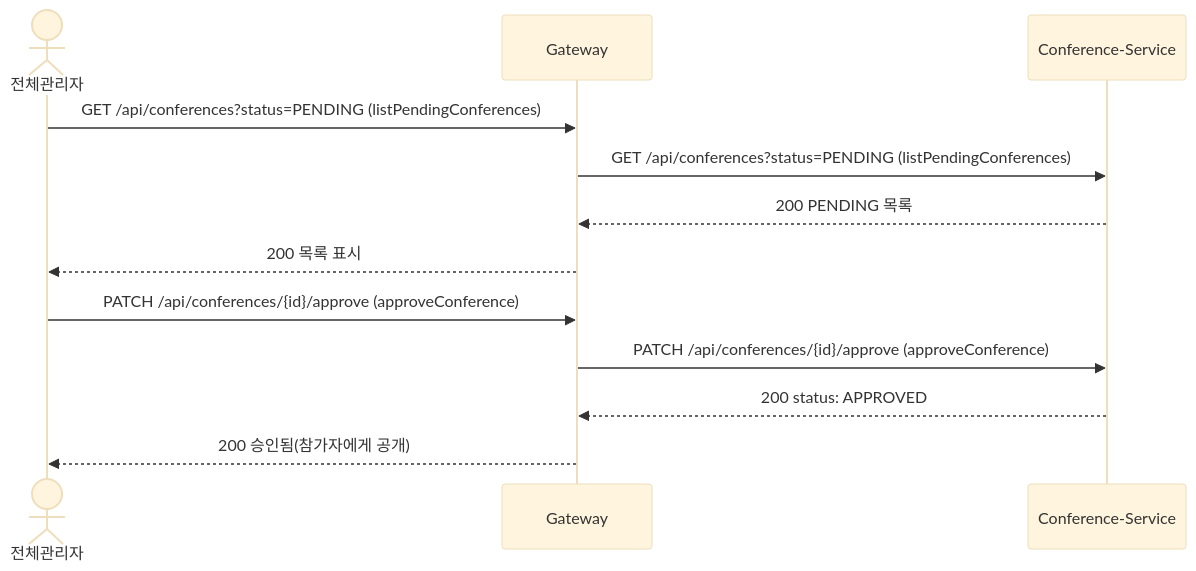
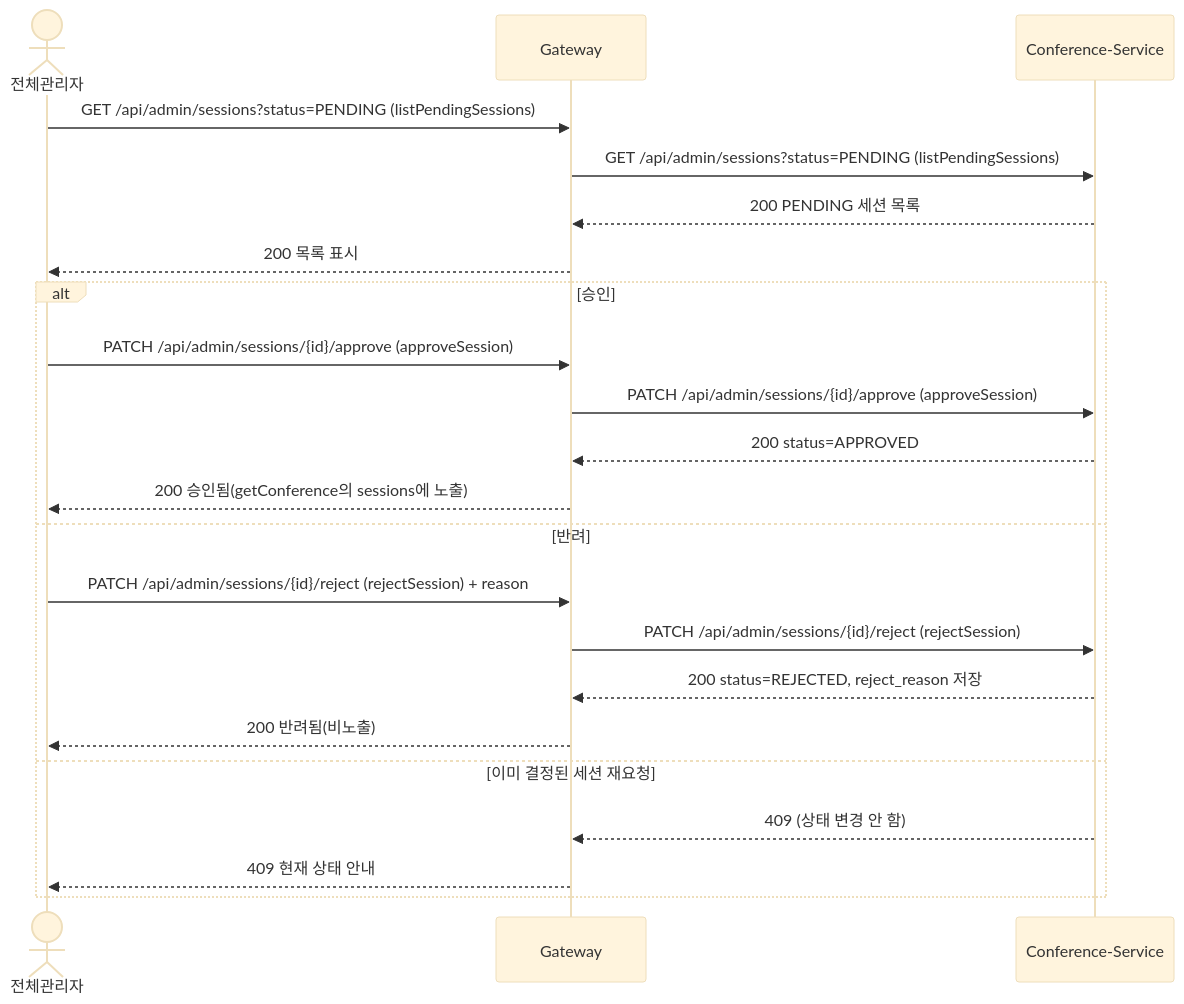
The tenth of 17 diagrams in docs/시퀀스.md (likelion-backend-24th/Final-Project-Team3), drawn with Mermaid (base theme) before and after one commit. The commit also changed other lines of this file and 12 other files, not shown here.

````diff
--- a/docs/시퀀스.md
+++ b/docs/시퀀스.md
@@ -166,14 +206,24 @@
 ```mermaid
 sequenceDiagram
     actor SA as 전체관리자
     participant G as Gateway
     participant CS as Conference-Service
-    SA->>G: GET /api/conferences?status=PENDING (listPendingConferences)
-    G->>CS: GET /api/conferences?status=PENDING (listPendingConferences)
-    CS-->>G: 200 PENDING 목록
+    SA->>G: GET /api/admin/sessions?status=PENDING (listPendingSessions)
+    G->>CS: GET /api/admin/sessions?status=PENDING (listPendingSessions)
+    CS-->>G: 200 PENDING 세션 목록
     G-->>SA: 200 목록 표시
-    SA->>G: PATCH /api/conferences/{id}/approve (approveConference)
-    G->>CS: PATCH /api/conferences/{id}/approve (approveConference)
-    CS-->>G: 200 status: APPROVED
-    G-->>SA: 200 승인됨(참가자에게 공개)
+    alt 승인
+        SA->>G: PATCH /api/admin/sessions/{id}/approve (approveSession)
+        G->>CS: PATCH /api/admin/sessions/{id}/approve (approveSession)
+        CS-->>G: 200 status=APPROVED
+        G-->>SA: 200 승인됨(getConference의 sessions에 노출)
+    else 반려
+        SA->>G: PATCH /api/admin/sessions/{id}/reject (rejectSession) + reason
+        G->>CS: PATCH /api/admin/sessions/{id}/reject (rejectSession)
+        CS-->>G: 200 status=REJECTED, reject_reason 저장
+        G-->>SA: 200 반려됨(비노출)
+    else 이미 결정된 세션 재요청
+        CS-->>G: 409 (상태 변경 안 함)
+        G-->>SA: 409 현재 상태 안내
+    end
 ```
````
